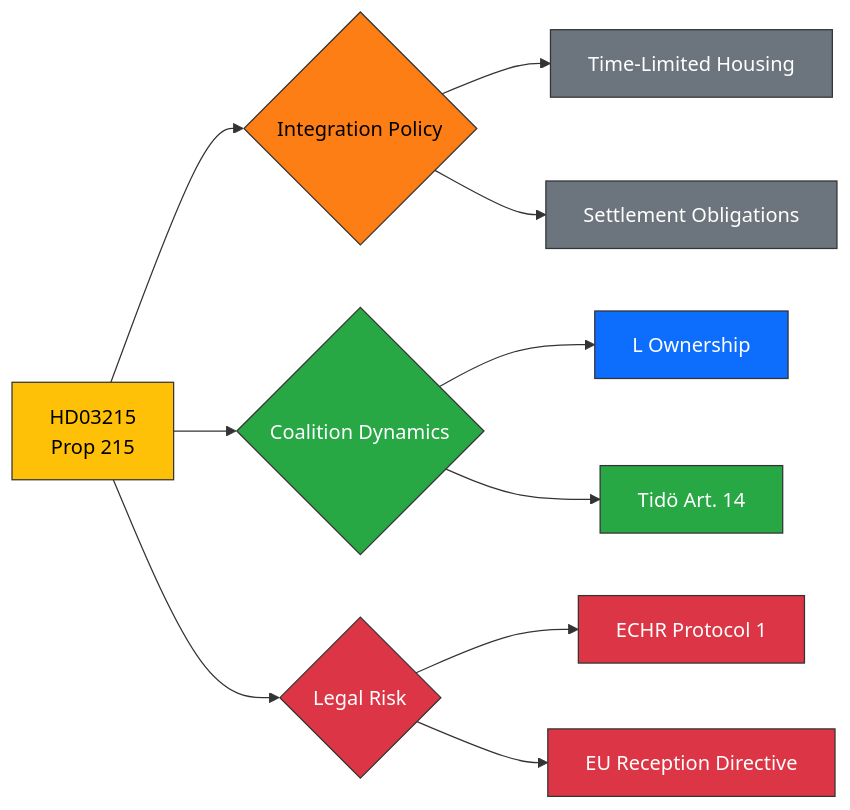
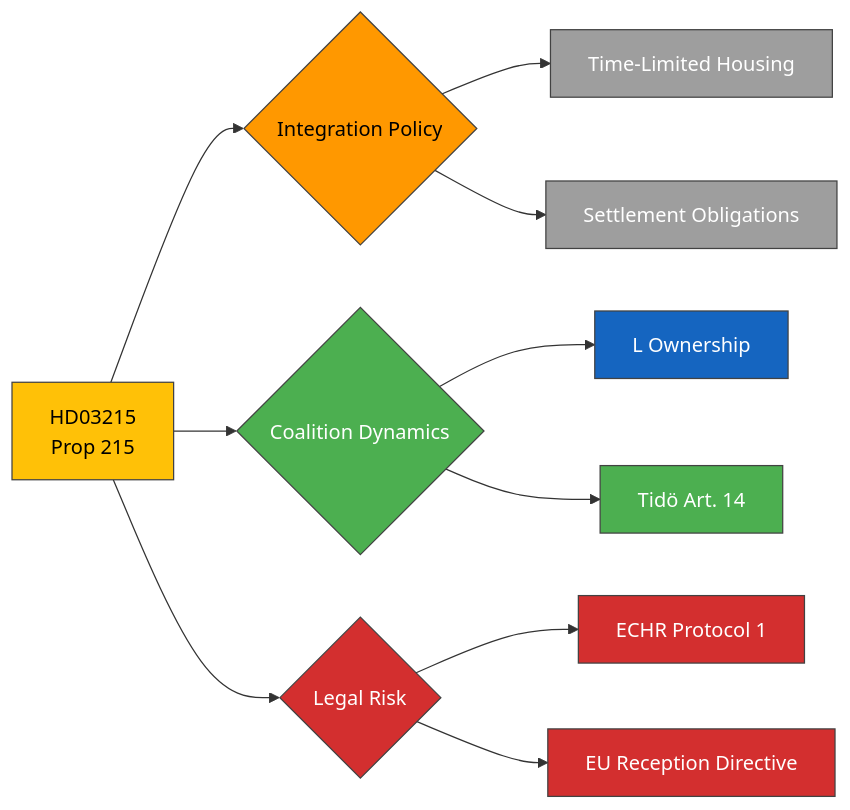
The diagram in analysis/daily/2026-03-31/documents/hd03215-analysis.md (Hack23/riksdagsmonitor), drawn with Mermaid before and after one commit. The commit also changed 785 other files, not shown here.

First line of the commit message:
Normalize mermaid colors across 786 analysis artifacts to ISMS Style Guide palette

````diff
--- a/analysis/daily/2026-03-31/documents/hd03215-analysis.md
+++ b/analysis/daily/2026-03-31/documents/hd03215-analysis.md
@@ -30,22 +30,22 @@
 ```mermaid
 graph LR
     A[HD03215<br/>Prop 215] --> B{Integration Policy}
     B --> C[Time-Limited Housing]
     B --> D[Settlement Obligations]
     A --> E{Coalition Dynamics}
     E --> F[L Ownership]
     E --> G[Tidö Art. 14]
     A --> H{Legal Risk}
     H --> I[ECHR Protocol 1]
     H --> J[EU Reception Directive]
-    style A fill:#ffc107,stroke:#333,color:#000
-    style B fill:#fd7e14,stroke:#333,color:#000
-    style E fill:#28a745,stroke:#333,color:#fff
-    style H fill:#dc3545,stroke:#333,color:#fff
-    style C fill:#6c757d,stroke:#333,color:#fff
-    style D fill:#6c757d,stroke:#333,color:#fff
-    style F fill:#0d6efd,stroke:#333,color:#fff
-    style G fill:#28a745,stroke:#333,color:#fff
-    style I fill:#dc3545,stroke:#333,color:#fff
-    style J fill:#dc3545,stroke:#333,color:#fff
+    style A fill:#FFC107,stroke:#424242,color:#000000
+    style B fill:#FF9800,stroke:#424242,color:#000000
+    style E fill:#4CAF50,stroke:#424242,color:#FFFFFF
+    style H fill:#D32F2F,stroke:#424242,color:#FFFFFF
+    style C fill:#9E9E9E,stroke:#424242,color:#FFFFFF
+    style D fill:#9E9E9E,stroke:#424242,color:#FFFFFF
+    style F fill:#1565C0,stroke:#424242,color:#FFFFFF
+    style G fill:#4CAF50,stroke:#424242,color:#FFFFFF
+    style I fill:#D32F2F,stroke:#424242,color:#FFFFFF
+    style J fill:#D32F2F,stroke:#424242,color:#FFFFFF
 ```
````
